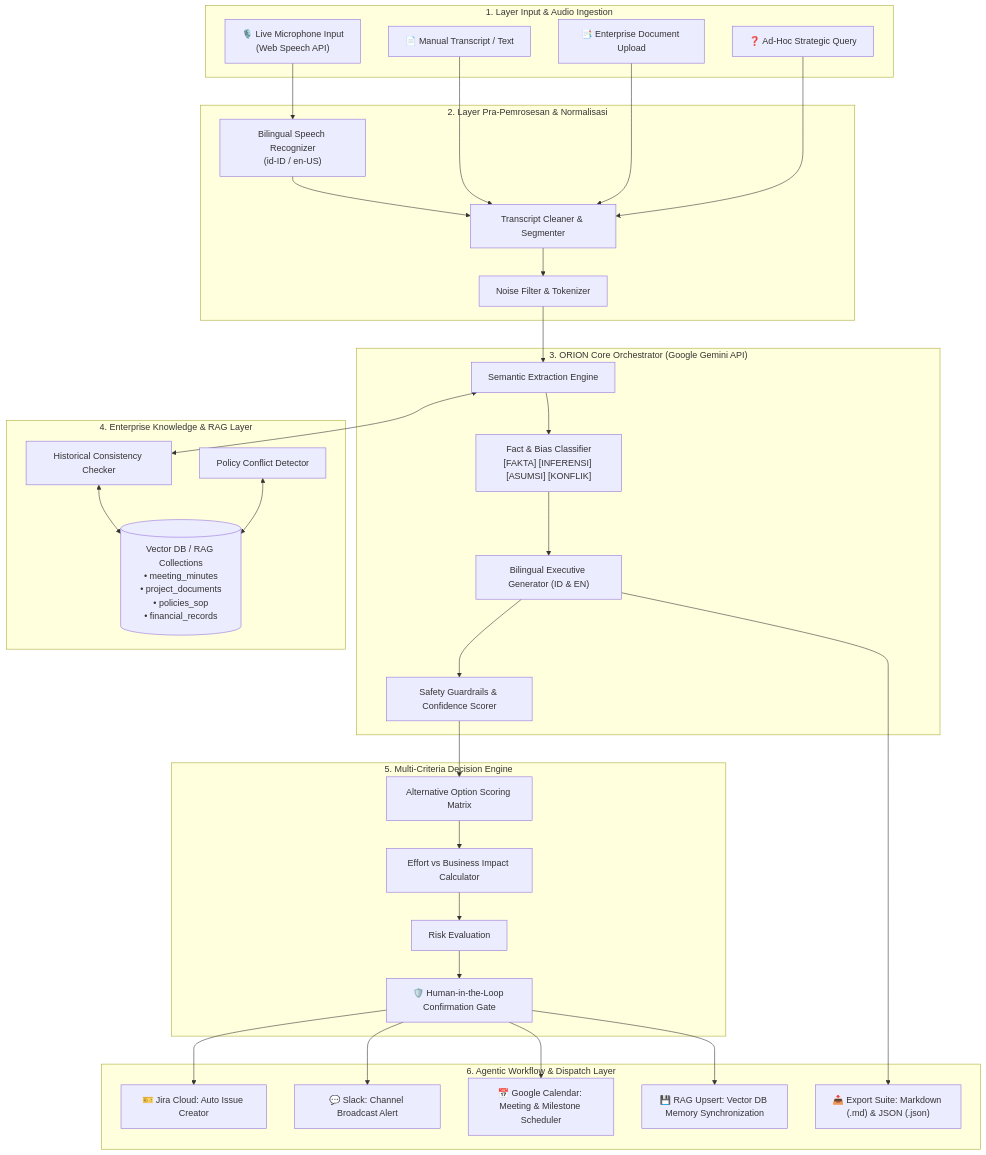
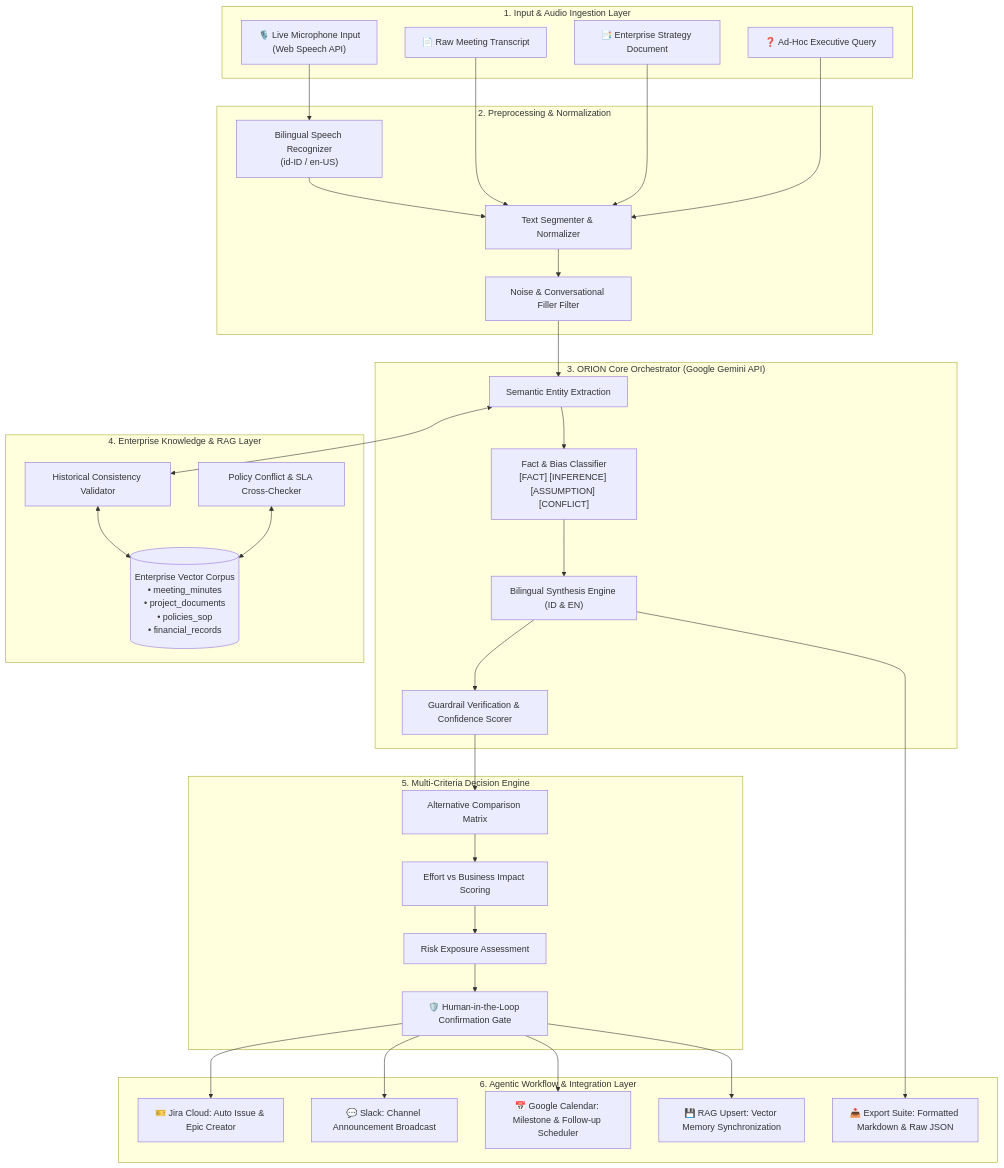
The diagram in README.md (zainaleinstein1982/Orion), drawn with Mermaid before and after one commit. The commit also changed other lines of this file, not shown here.

````diff
--- a/README.md
+++ b/README.md
@@ -56,67 +56,67 @@
 ```mermaid
 flowchart TB
-    subgraph INGESTION["1. Layer Input & Audio Ingestion"]
+    subgraph INGESTION["1. Input & Audio Ingestion Layer"]
         A1["🎙️ Live Microphone Input<br/>(Web Speech API)"]
-        A2["📄 Manual Transcript / Text"]
-        A3["📑 Enterprise Document Upload"]
-        A4["❓ Ad-Hoc Strategic Query"]
+        A2["📄 Raw Meeting Transcript"]
+        A3["📑 Enterprise Strategy Document"]
+        A4["❓ Ad-Hoc Executive Query"]
     end
 
-    subgraph PREPROCESSING["2. Layer Pra-Pemrosesan & Normalisasi"]
+    subgraph PREPROCESSING["2. Preprocessing & Normalization"]
         B1["Bilingual Speech Recognizer<br/>(id-ID / en-US)"]
-        B2["Transcript Cleaner & Segmenter"]
-        B3["Noise Filter & Tokenizer"]
+        B2["Text Segmenter & Normalizer"]
+        B3["Noise & Conversational Filler Filter"]
     end
 
     subgraph ORCHESTRATION["3. ORION Core Orchestrator (Google Gemini API)"]
-        C1["Semantic Extraction Engine"]
-        C2["Fact & Bias Classifier<br/>[FAKTA] [INFERENSI] [ASUMSI] [KONFLIK]"]
-        C3["Bilingual Executive Generator (ID & EN)"]
-        C4["Safety Guardrails & Confidence Scorer"]
+        C1["Semantic Entity Extraction"]
+        C2["Fact & Bias Classifier<br/>[FACT] [INFERENCE] [ASSUMPTION] [CONFLICT]"]
+        C3["Bilingual Synthesis Engine (ID & EN)"]
+        C4["Guardrail Verification & Confidence Scorer"]
     end
 
     subgraph KNOWLEDGE["4. Enterprise Knowledge & RAG Layer"]
-        D1[("Vector DB / RAG Collections<br/>• meeting_minutes<br/>• project_documents<br/>• policies_sop<br/>• financial_records")]
-        D2["Historical Consistency Checker"]
-        D3["Policy Conflict Detector"]
+        D1[("Enterprise Vector Corpus<br/>• meeting_minutes<br/>• project_documents<br/>• policies_sop<br/>• financial_records")]
+        D2["Historical Consistency Validator"]
+        D3["Policy Conflict & SLA Cross-Checker"]
     end
 
     subgraph DECISION["5. Multi-Criteria Decision Engine"]
-        E1["Alternative Option Scoring Matrix"]
-        E2["Effort vs Business Impact Calculator"]
-        E3["Risk Evaluation"]
+        E1["Alternative Comparison Matrix"]
+        E2["Effort vs Business Impact Scoring"]
+        E3["Risk Exposure Assessment"]
         E4["🛡️ Human-in-the-Loop Confirmation Gate"]
     end
 
-    subgraph DISPATCH["6. Agentic Workflow & Dispatch Layer"]
-        F1["🎫 Jira Cloud: Auto Issue Creator"]
-        F2["💬 Slack: Channel Broadcast Alert"]
-        F3["📅 Google Calendar: Meeting & Milestone Scheduler"]
-        F4["💾 RAG Upsert: Vector DB Memory Synchronization"]
-        F5["📥 Export Suite: Markdown (.md) & JSON (.json)"]
+    subgraph DISPATCH["6. Agentic Workflow & Integration Layer"]
+        F1["🎫 Jira Cloud: Auto Issue & Epic Creator"]
+        F2["💬 Slack: Channel Announcement Broadcast"]
+        F3["📅 Google Calendar: Milestone & Follow-up Scheduler"]
+        F4["💾 RAG Upsert: Vector Memory Synchronization"]
+        F5["📥 Export Suite: Formatted Markdown & Raw JSON"]
     end
 
-    %% Flows
+    %% Pipeline Connections
     A1 --> B1 --> B2
     A2 --> B2
     A3 --> B2
     A4 --> B2
     B2 --> B3 --> C1
 
     C1 <--> D2
     D2 <--> D1
     D3 <--> D1
 
     C1 --> C2
     C2 --> C3
     C3 --> C4
 
     C4 --> E1
     E1 --> E2 --> E3 --> E4
 
     E4 --> F1
     E4 --> F2
     E4 --> F3
     E4 --> F4
     C3 --> F5
 ```
````
